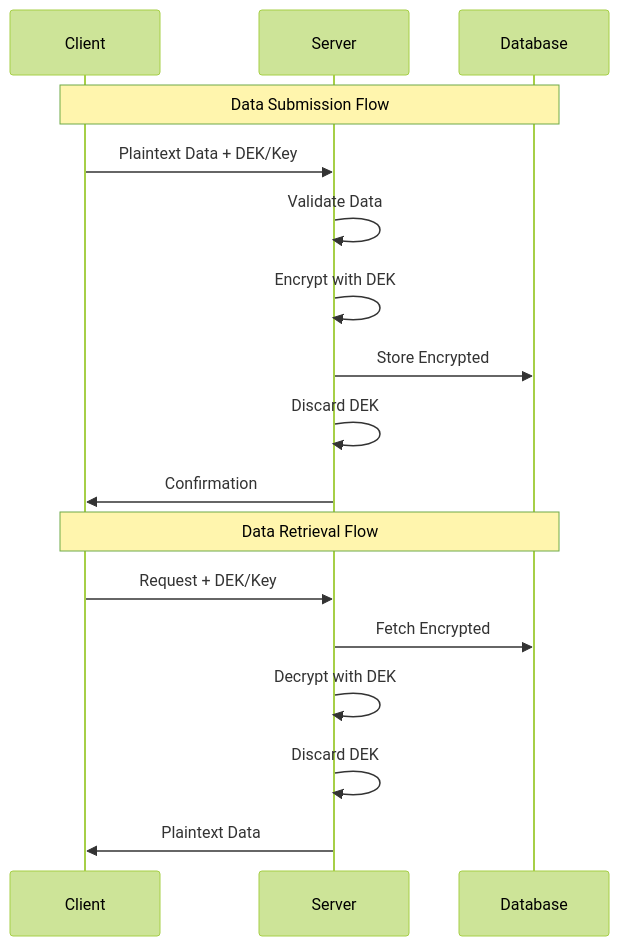
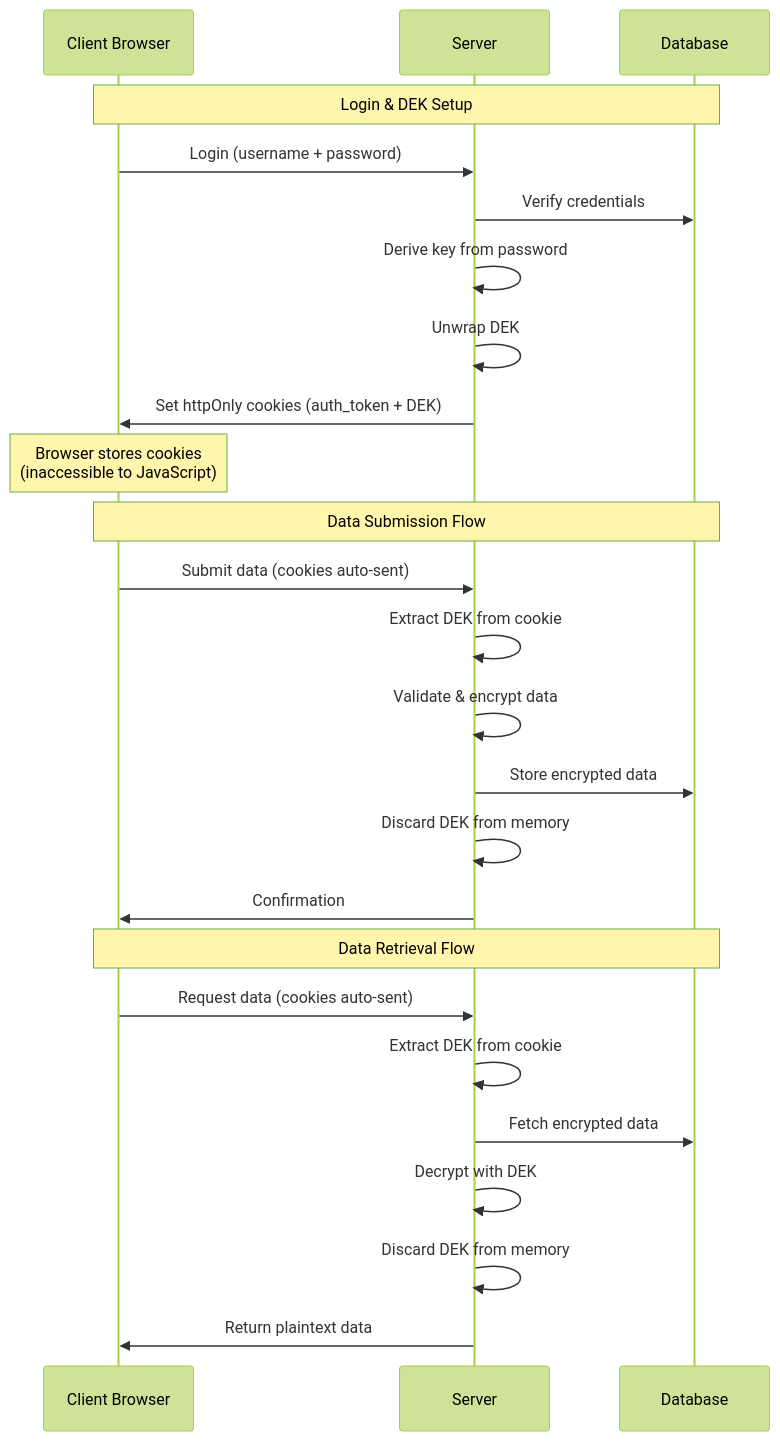
The second of 3 diagrams in ARCHITECTURE.md (DomiDre/kigaprio), drawn with Mermaid (forest theme) before and after one commit. The commit also changed other lines of this file and 30 other files, not shown here.

````diff
--- a/ARCHITECTURE.md
+++ b/ARCHITECTURE.md
@@ -143,21 +167,30 @@
 ```mermaid
 sequenceDiagram
-    participant C as Client
+    participant C as Client Browser
     participant S as Server
     participant DB as Database
     
+    Note over C,DB: Login & DEK Setup
+    C->>S: Login (username + password)
+    S->>DB: Verify credentials
+    S->>S: Derive key from password
+    S->>S: Unwrap DEK
+    S->>C: Set httpOnly cookies (auth_token + DEK)
+    Note over C: Browser stores cookies<br/>(inaccessible to JavaScript)
+    
     Note over C,DB: Data Submission Flow
-    C->>S: Plaintext Data + DEK/Key
-    S->>S: Validate Data
-    S->>S: Encrypt with DEK
-    S->>DB: Store Encrypted
-    S->>S: Discard DEK
+    C->>S: Submit data (cookies auto-sent)
+    S->>S: Extract DEK from cookie
+    S->>S: Validate & encrypt data
+    S->>DB: Store encrypted data
+    S->>S: Discard DEK from memory
     S->>C: Confirmation
     
     Note over C,DB: Data Retrieval Flow
-    C->>S: Request + DEK/Key
-    S->>DB: Fetch Encrypted
+    C->>S: Request data (cookies auto-sent)
+    S->>S: Extract DEK from cookie
+    S->>DB: Fetch encrypted data
     S->>S: Decrypt with DEK
-    S->>S: Discard DEK
-    S->>C: Plaintext Data
+    S->>S: Discard DEK from memory
+    S->>C: Return plaintext data
 ```
````
